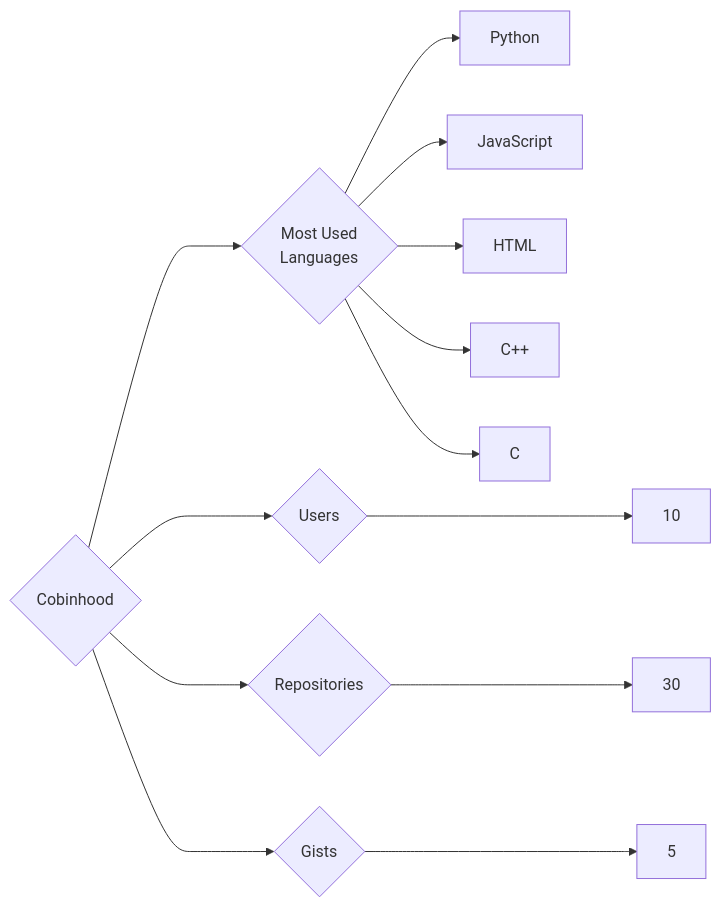
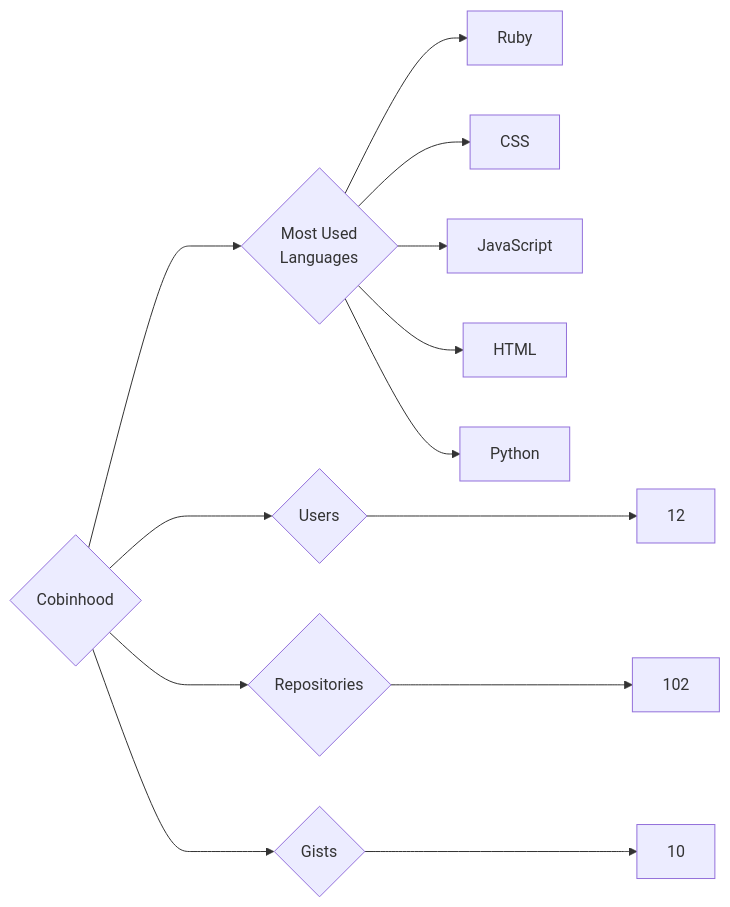
Before and after one commit to trickest/insiders: the diagram in targets/Cobinhood/README.md, drawn with Mermaid. The commit also changed 1238 other files, not shown here.

````diff
--- a/targets/Cobinhood/README.md
+++ b/targets/Cobinhood/README.md
@@ -3,13 +3,13 @@
 ```mermaid
 graph LR
 COMPANY_NAME{Cobinhood}
-COMPANY_NAME ---> U{Users} ---> UN[10]
-COMPANY_NAME ---> R{Repositories} ---> RN[30]
-COMPANY_NAME ---> G{Gists} ---> GN[5]
+COMPANY_NAME ---> U{Users} ---> UN[12]
+COMPANY_NAME ---> R{Repositories} ---> RN[102]
+COMPANY_NAME ---> G{Gists} ---> GN[10]
 COMPANY_NAME ---> ML{Most Used<br>Languages}
-ML --> Python[Python]
+ML --> Ruby[Ruby]
+ML --> CSS[CSS]
 ML --> JavaScript[JavaScript]
 ML --> HTML[HTML]
-ML --> C++[C++]
-ML --> C[C]
+ML --> Python[Python]
 ```
````
